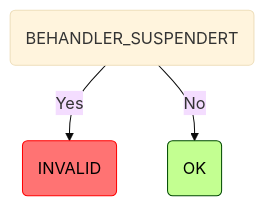
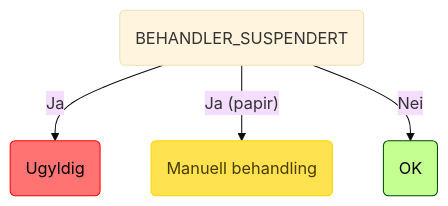
Before and after one commit to navikt/regulus-regula: the first of 8 diagrams in README.md, drawn with Mermaid (base theme). The commit also changed other lines of this file and 21 other files, not shown here.

Commit message:
chore: show ExecutionMode.PAPIR in mermaid docs, also make mermaid graphs norskwegian

````diff
--- a/README.md
+++ b/README.md
@@ -19,8 +19,9 @@
 ```mermaid
 graph TD
-    root(BEHANDLER_SUSPENDERT) -->|Yes| root_BEHANDLER_SUSPENDERT_INVALID(INVALID):::invalid
-    root(BEHANDLER_SUSPENDERT) -->|No| root_BEHANDLER_SUSPENDERT_OK(OK):::ok
+    root(BEHANDLER_SUSPENDERT) -->|Ja| root_BEHANDLER_SUSPENDERT_INVALID(Ugyldig):::invalid
+    root(BEHANDLER_SUSPENDERT) -->|"Ja (papir)"| root_BEHANDLER_SUSPENDERT_INVALID_papir(Manuell behandling):::manuell
+    root(BEHANDLER_SUSPENDERT) -->|Nei| root_BEHANDLER_SUSPENDERT_OK(OK):::ok
     classDef ok fill:#c3ff91,stroke:#004a00,color: black;
     classDef invalid fill:#ff7373,stroke:#ff0000,color: black;
     classDef manuell fill:#ffe24f,stroke:#ffd500,color: #473c00;
 ```
````
